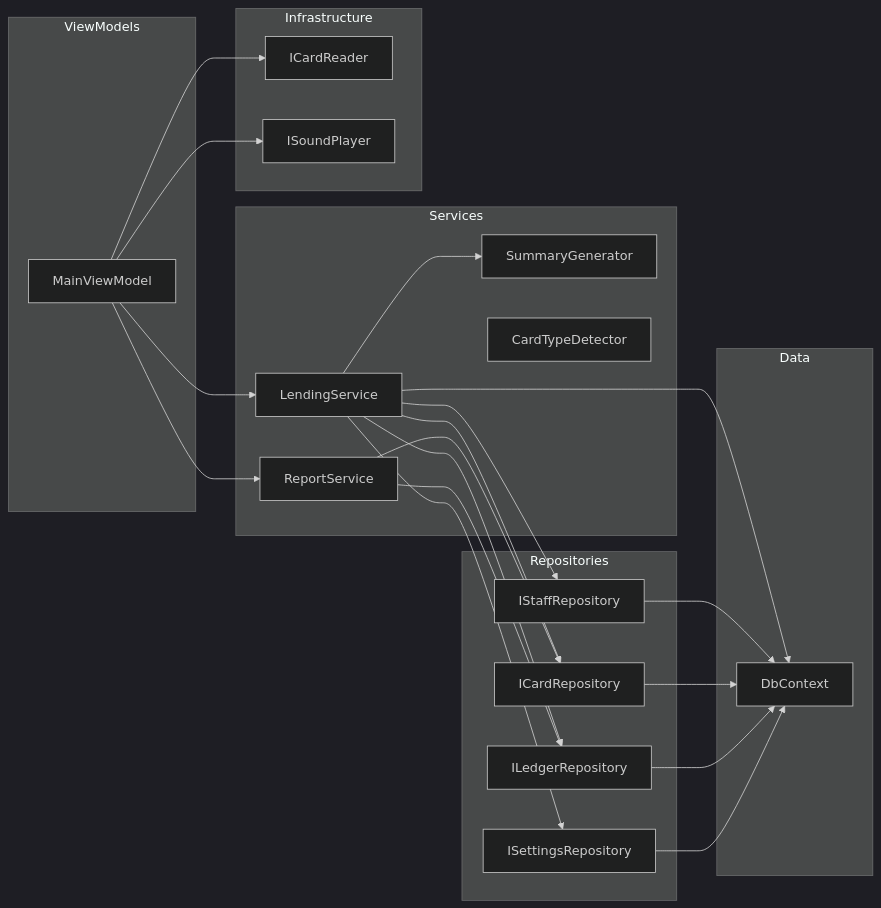
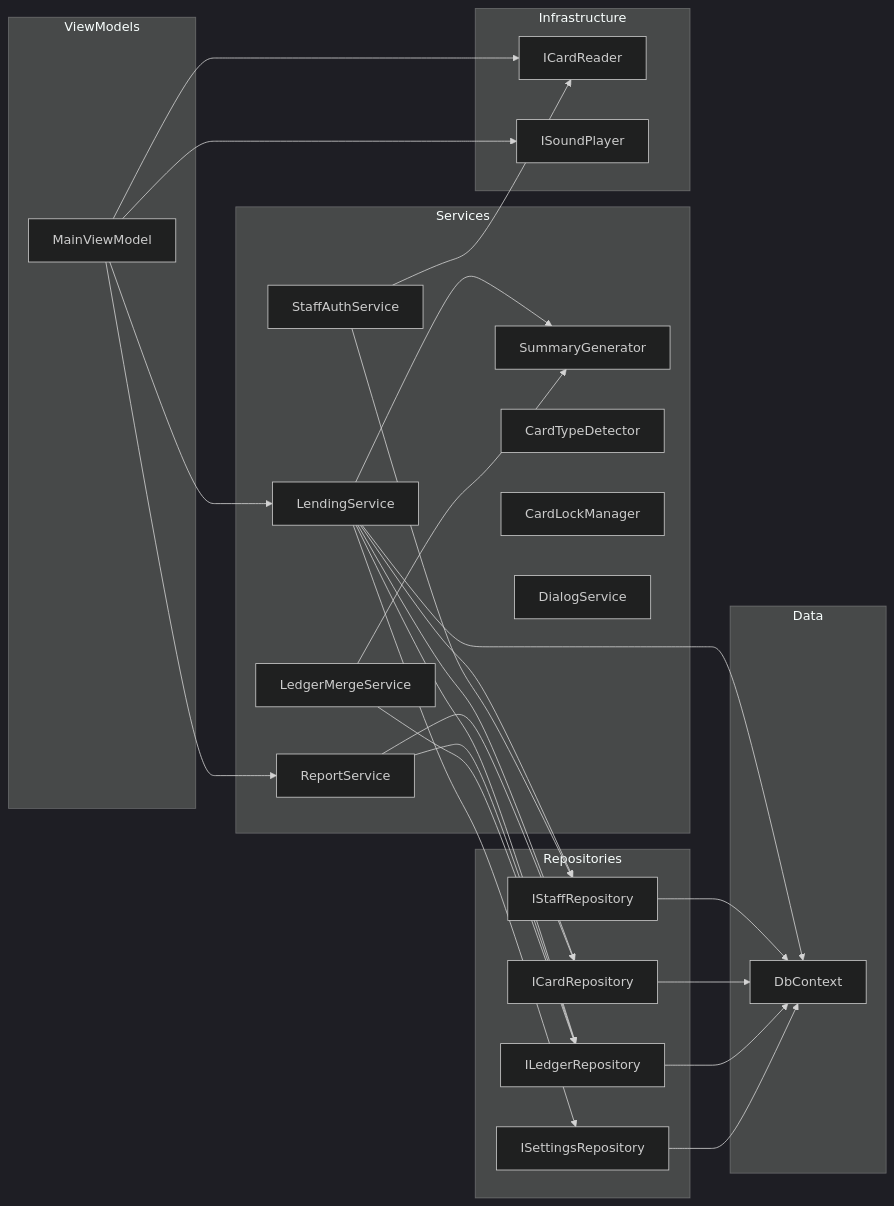
The third of 21 diagrams in ICCardManager/docs/design/05_クラス設計書.md (kuwayamamasayuki/ICCardManager), drawn with Mermaid (dark theme) before and after one commit. The commit also changed other lines of this file, not shown here.

First line of the commit message:
docs: クラス設計書にLedgerMergeService等5つのサービスを追加（#574）

````diff
--- a/ICCardManager/docs/design/05_クラス設計書.md
+++ b/ICCardManager/docs/design/05_クラス設計書.md
@@ -212,49 +220,58 @@
 ```mermaid
 graph LR
     subgraph "ViewModels"
         MVM[MainViewModel]
     end
 
     subgraph "Services"
         LS[LendingService]
         RS[ReportService]
         SG[SummaryGenerator]
         CD[CardTypeDetector]
+        LMS[LedgerMergeService]
+        CLM[CardLockManager]
+        SAS[StaffAuthService]
+        DS[DialogService]
     end
 
     subgraph "Repositories"
         SR[IStaffRepository]
         CR[ICardRepository]
         LR[ILedgerRepository]
         STR[ISettingsRepository]
     end
 
     subgraph "Infrastructure"
         ICR[ICardReader]
         ISP[ISoundPlayer]
     end
 
     subgraph "Data"
         DBC[DbContext]
     end
 
     MVM --> LS
     MVM --> RS
     MVM --> ICR
     MVM --> ISP
 
     LS --> SR
     LS --> CR
     LS --> LR
     LS --> STR
     LS --> SG
     LS --> DBC
 
     RS --> CR
     RS --> LR
 
+    LMS --> LR
+    LMS --> SG
+    SAS --> SR
+    SAS --> ICR
+
     SR --> DBC
     CR --> DBC
     LR --> DBC
     STR --> DBC
 ```
````
